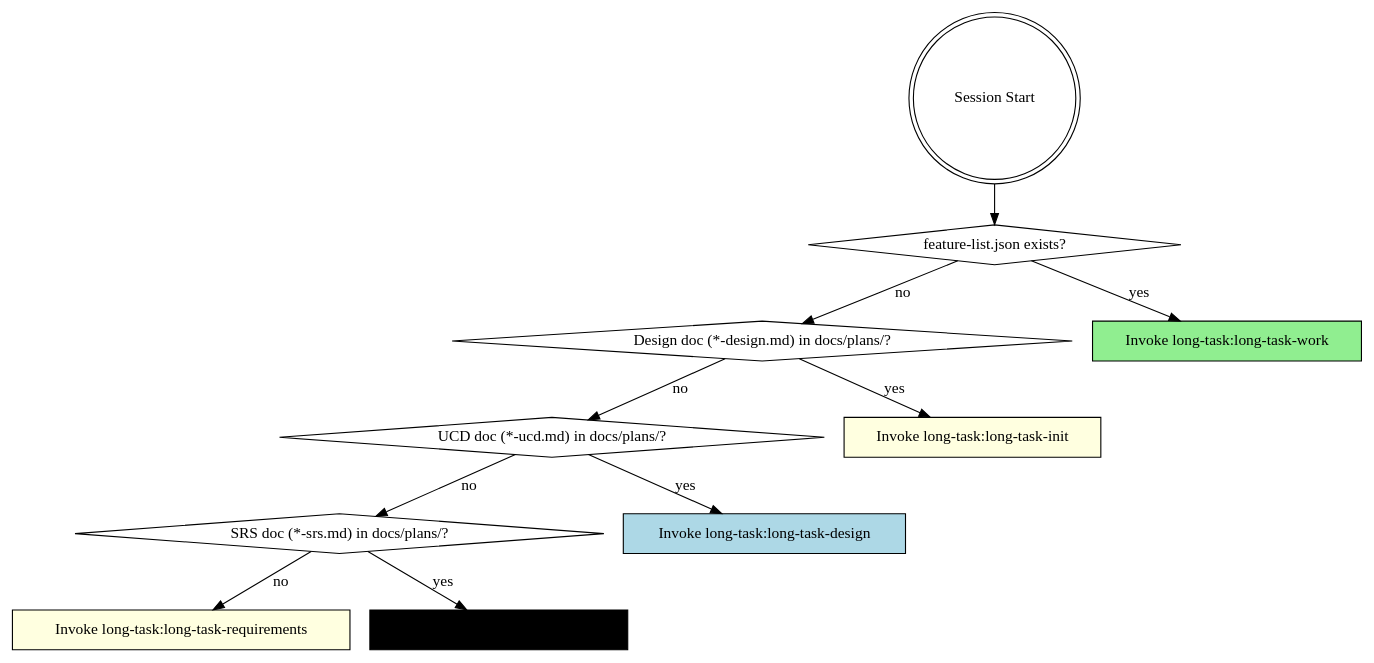
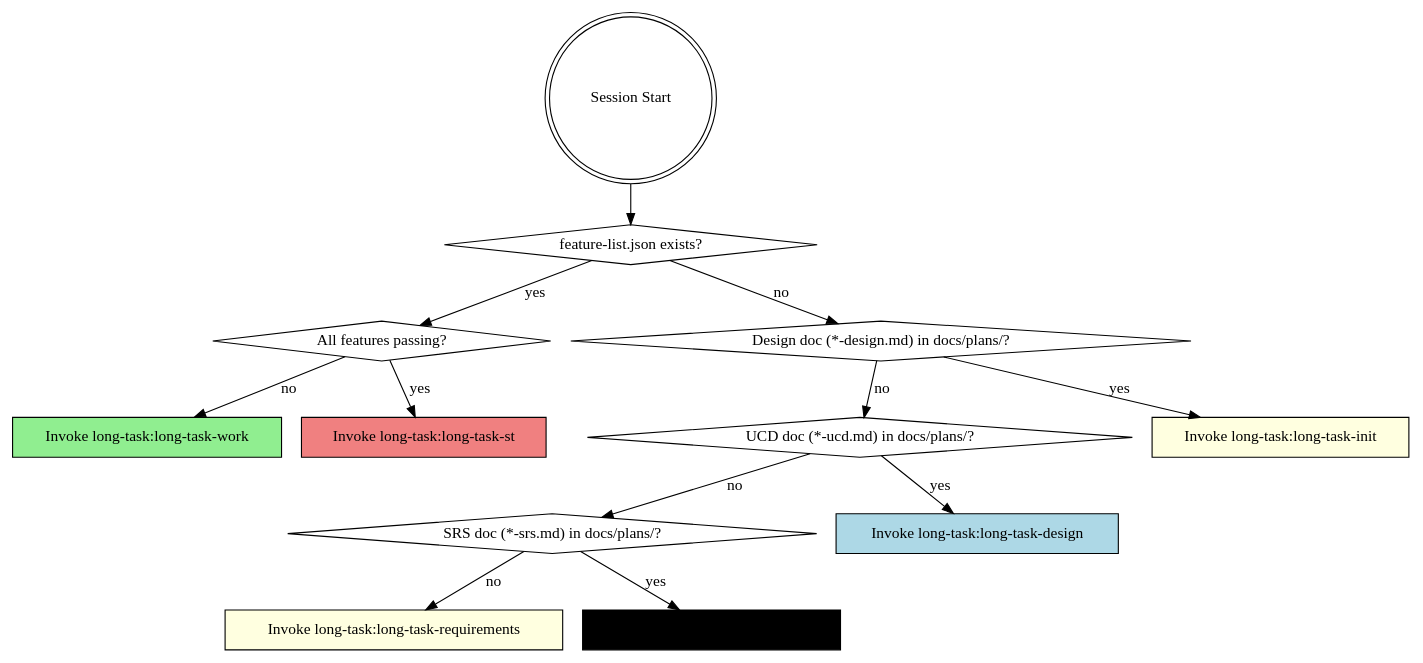
Before and after one commit to RexHeap/longtaskforagent: the diagram in skills/using-long-task/SKILL.md, drawn with Graphviz. The commit also changed other lines of this file and 9 other files, not shown here.

````diff
--- a/skills/using-long-task/SKILL.md
+++ b/skills/using-long-task/SKILL.md
@@ -22,24 +22,28 @@
 ```dot
 digraph phase_detection {
     "Session Start" [shape=doublecircle];
     "feature-list.json exists?" [shape=diamond];
+    "All features passing?" [shape=diamond];
     "Design doc (*-design.md) in docs/plans/?" [shape=diamond];
     "UCD doc (*-ucd.md) in docs/plans/?" [shape=diamond];
     "SRS doc (*-srs.md) in docs/plans/?" [shape=diamond];
     "Invoke long-task:long-task-requirements" [shape=box style=filled fillcolor=lightyellow];
     "Invoke long-task:long-task-ucd" [shape=box style=filled fillcolor=lightorange];
     "Invoke long-task:long-task-design" [shape=box style=filled fillcolor=lightblue];
     "Invoke long-task:long-task-init" [shape=box style=filled fillcolor=lightyellow];
     "Invoke long-task:long-task-work" [shape=box style=filled fillcolor=lightgreen];
+    "Invoke long-task:long-task-st" [shape=box style=filled fillcolor=lightcoral];
 
     "Session Start" -> "feature-list.json exists?";
-    "feature-list.json exists?" -> "Invoke long-task:long-task-work" [label="yes"];
+    "feature-list.json exists?" -> "All features passing?" [label="yes"];
+    "All features passing?" -> "Invoke long-task:long-task-st" [label="yes"];
+    "All features passing?" -> "Invoke long-task:long-task-work" [label="no"];
     "feature-list.json exists?" -> "Design doc (*-design.md) in docs/plans/?" [label="no"];
     "Design doc (*-design.md) in docs/plans/?" -> "Invoke long-task:long-task-init" [label="yes"];
     "Design doc (*-design.md) in docs/plans/?" -> "UCD doc (*-ucd.md) in docs/plans/?" [label="no"];
     "UCD doc (*-ucd.md) in docs/plans/?" -> "Invoke long-task:long-task-design" [label="yes"];
     "UCD doc (*-ucd.md) in docs/plans/?" -> "SRS doc (*-srs.md) in docs/plans/?" [label="no"];
     "SRS doc (*-srs.md) in docs/plans/?" -> "Invoke long-task:long-task-ucd" [label="yes"];
     "SRS doc (*-srs.md) in docs/plans/?" -> "Invoke long-task:long-task-requirements" [label="no"];
 }
 ```
````
